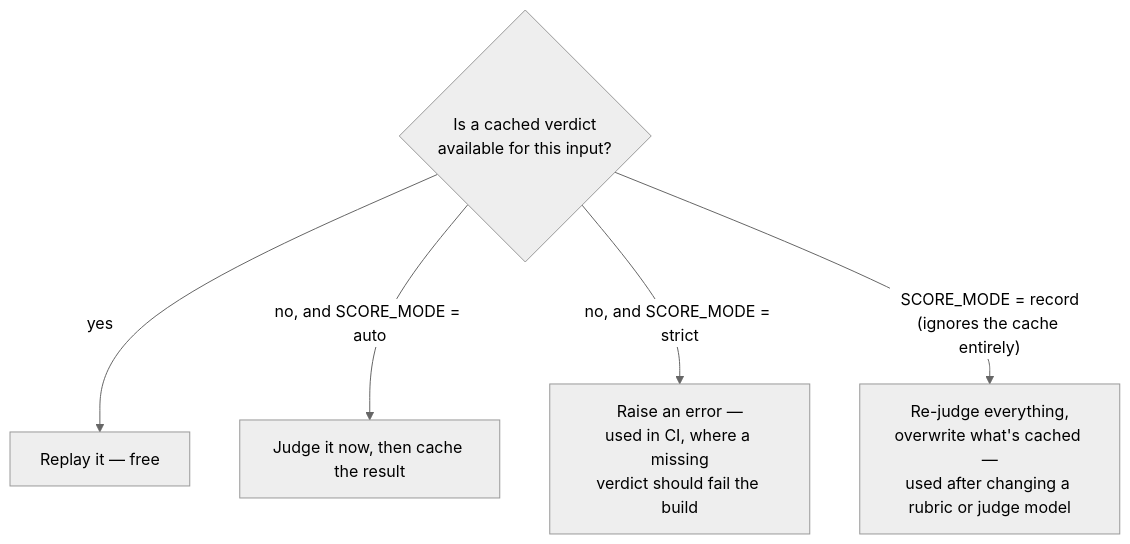
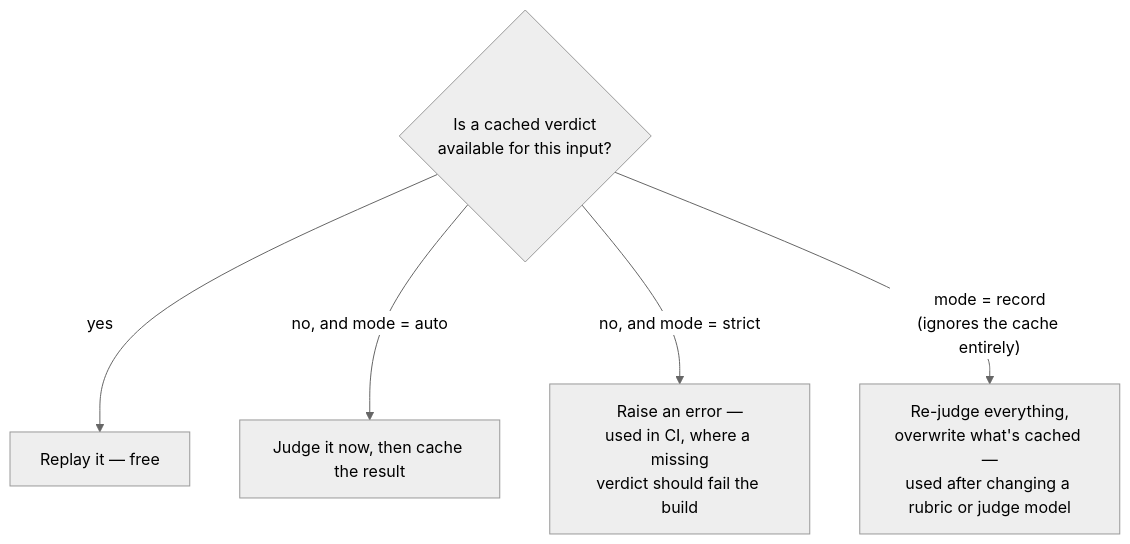
One commit to Sourav692/Agent_Evaluation_Demystified changed the first of 2 diagrams in docs/roadmap-explainers/09-the-harness-as-a-product.md. Above: the diagram before and after it, drawn with Mermaid (neutral theme). The commit also changed other lines of this file and 34 other files, not shown here.

````diff
--- a/docs/roadmap-explainers/09-the-harness-as-a-product.md
+++ b/docs/roadmap-explainers/09-the-harness-as-a-product.md
@@ -97,8 +86,8 @@
 ```mermaid
 flowchart TD
     Q{"Is a cached verdict<br/>available for this input?"}
     Q -- "yes" --> R["Replay it — free"]
-    Q -- "no, and SCORE_MODE = auto" --> J1["Judge it now, then cache the result"]
-    Q -- "no, and SCORE_MODE = strict" --> F["Raise an error —<br/>used in CI, where a missing<br/>verdict should fail the build"]
-    Q -- "SCORE_MODE = record<br/>(ignores the cache entirely)" --> J2["Re-judge everything,<br/>overwrite what's cached —<br/>used after changing a rubric or judge model"]
+    Q -- "no, and mode = auto" --> J1["Judge it now, then cache the result"]
+    Q -- "no, and mode = strict" --> F["Raise an error —<br/>used in CI, where a missing<br/>verdict should fail the build"]
+    Q -- "mode = record<br/>(ignores the cache entirely)" --> J2["Re-judge everything,<br/>overwrite what's cached —<br/>used after changing a rubric or judge model"]
 ```
````
